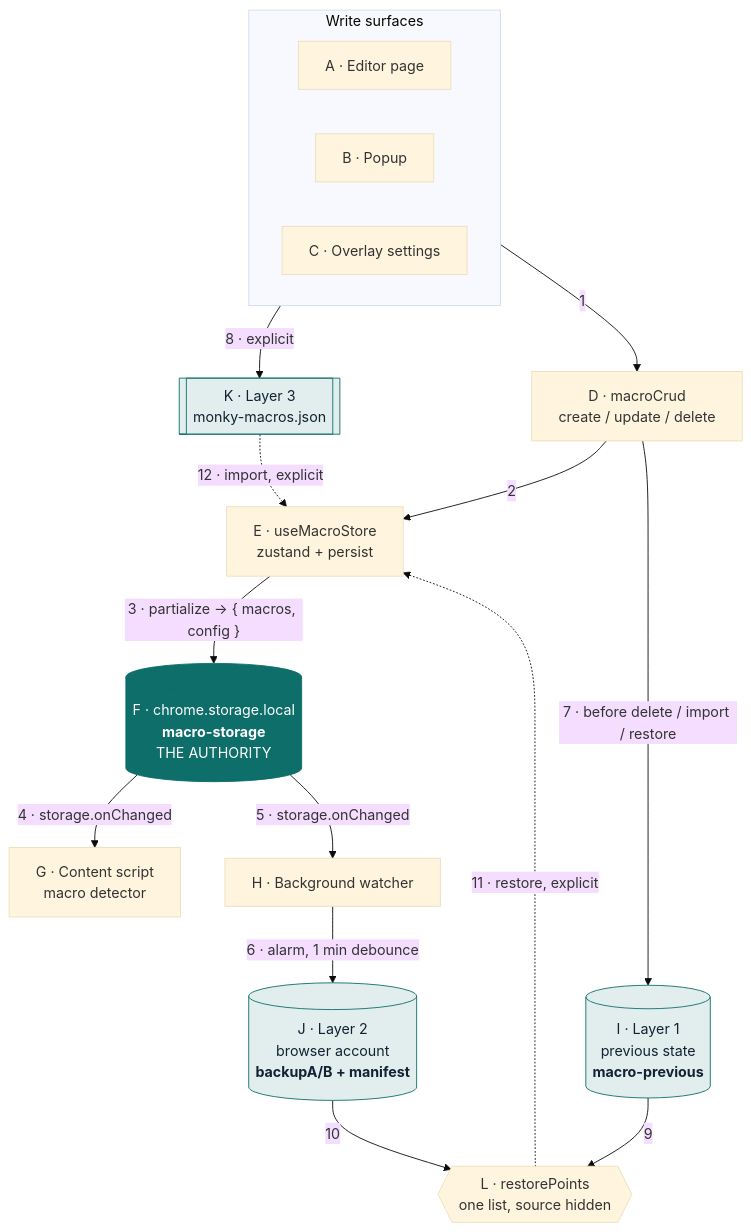
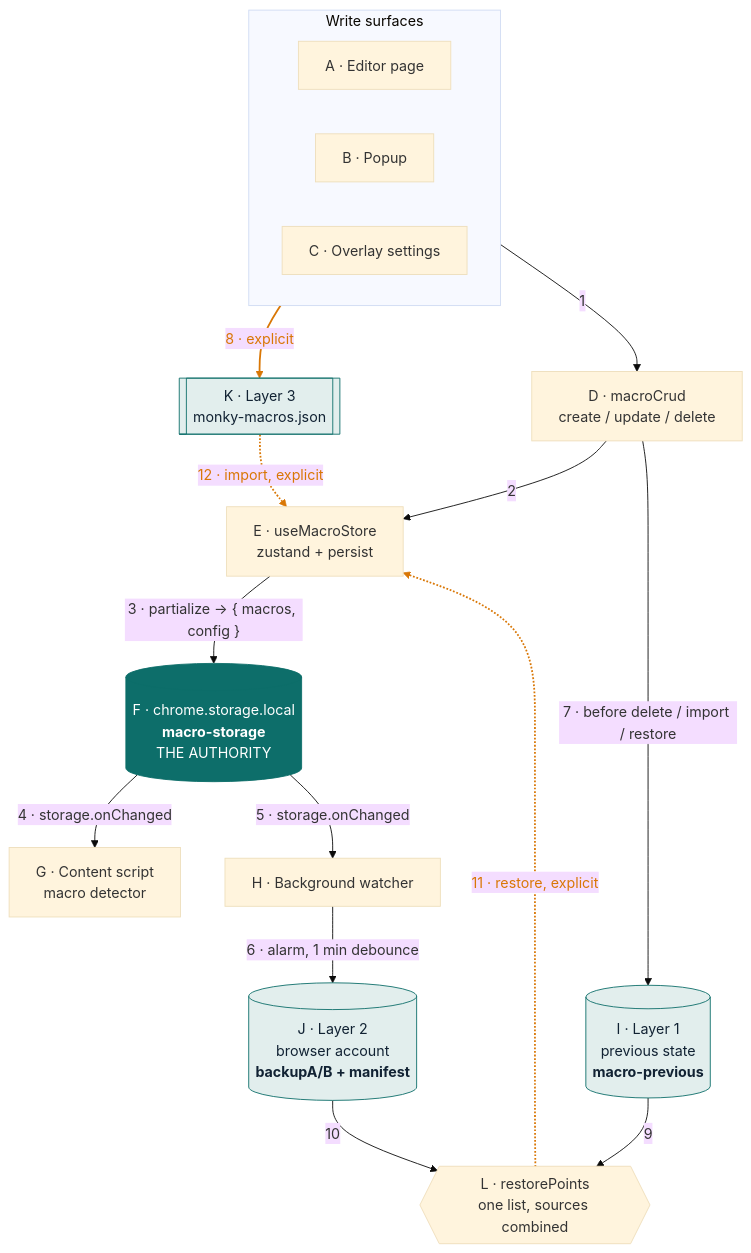
Before and after one commit to Jorge-Gonzalez/monky: the first of 6 diagrams in docs/storage-design.md, drawn with Mermaid (base theme). The commit also changed other lines of this file, not shown here.

First line of the commit message:
docs: colour the explicit arrows, and say "sources combined" rather than hidden

````diff
--- a/docs/storage-design.md
+++ b/docs/storage-design.md
@@ -37,35 +37,39 @@
 ```mermaid
 flowchart TB
     subgraph surfaces["Write surfaces"]
         direction LR
         ED["A · Editor page"]
         PO["B · Popup"]
         OV["C · Overlay settings"]
     end
 
     CRUD["D · macroCrud<br/>create / update / delete"]
     STORE["E · useMacroStore<br/>zustand + persist"]
 
     surfaces -->|"1"| CRUD
     CRUD -->|"2"| STORE
 
     STORE -->|"3 · partialize → { macros, config }"| LOCAL[("F · chrome.storage.local<br/><b>macro-storage</b><br/>THE AUTHORITY")]
 
     LOCAL -->|"4 · storage.onChanged"| DETECT["G · Content script<br/>macro detector"]
     LOCAL -->|"5 · storage.onChanged"| WATCH["H · Background watcher"]
 
     WATCH -->|"6 · alarm, 1 min debounce"| SYNC[("J · Layer 2<br/>browser account<br/><b>backupA/B + manifest</b>")]
     CRUD -->|"7 · before delete / import / restore"| PREV[("I · Layer 1<br/>previous state<br/><b>macro-previous</b>")]
 
     OV -->|"8 · explicit"| FILE[["K · Layer 3<br/>monky-macros.json"]]
 
-    PREV -->|"9"| RP{{"L · restorePoints<br/>one list, source hidden"}}
+    PREV -->|"9"| RP{{"L · restorePoints<br/>one list, sources combined"}}
     SYNC -->|"10"| RP
     RP -.->|"11 · restore, explicit"| STORE
     FILE -.->|"12 · import, explicit"| STORE
 
     classDef auth fill:#0d6e6a,stroke:#0d6e6a,color:#fff
     classDef layer fill:#e2eeed,stroke:#0d6e6a,color:#123
     class LOCAL auth
     class PREV,SYNC,FILE layer
+
+    %% Orange marks the three arrows that require a deliberate act: 8, 11, 12.
+    %% Link indices are positional, counted from the first arrow declared above.
+    linkStyle 7,10,11 stroke:#d97706,stroke-width:2px,color:#d97706
 ```
````
